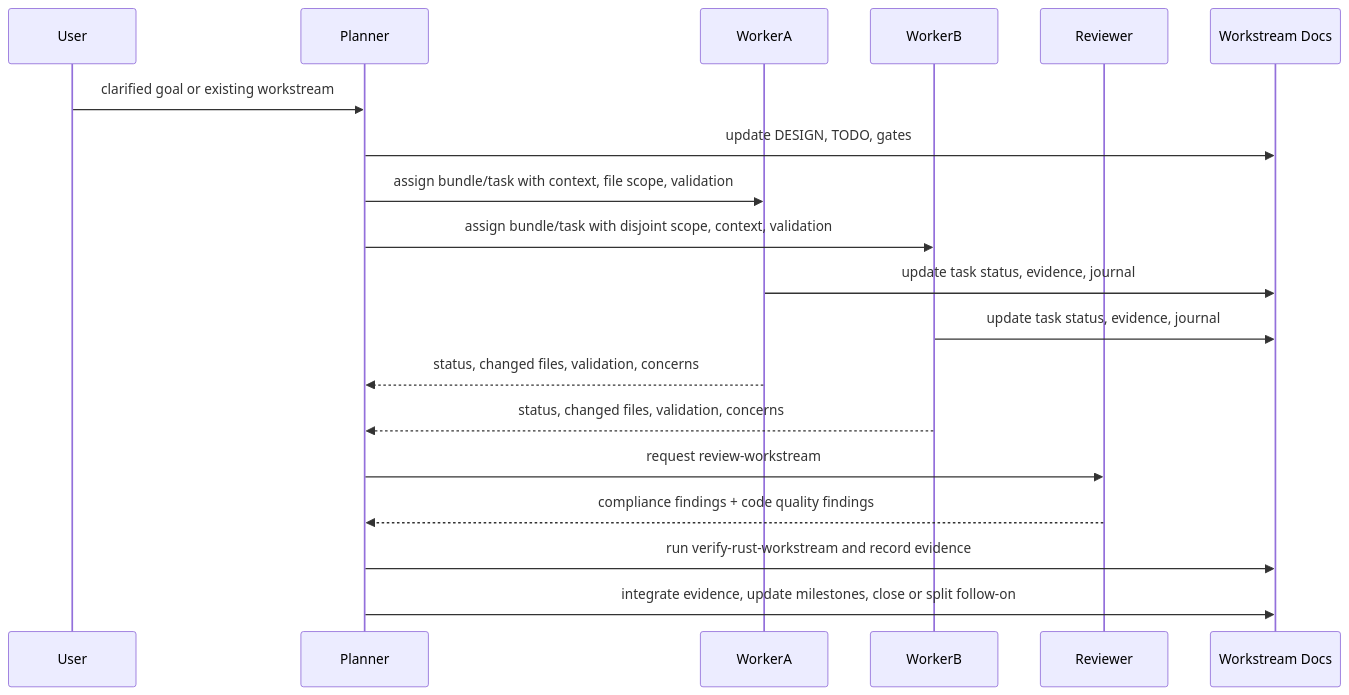
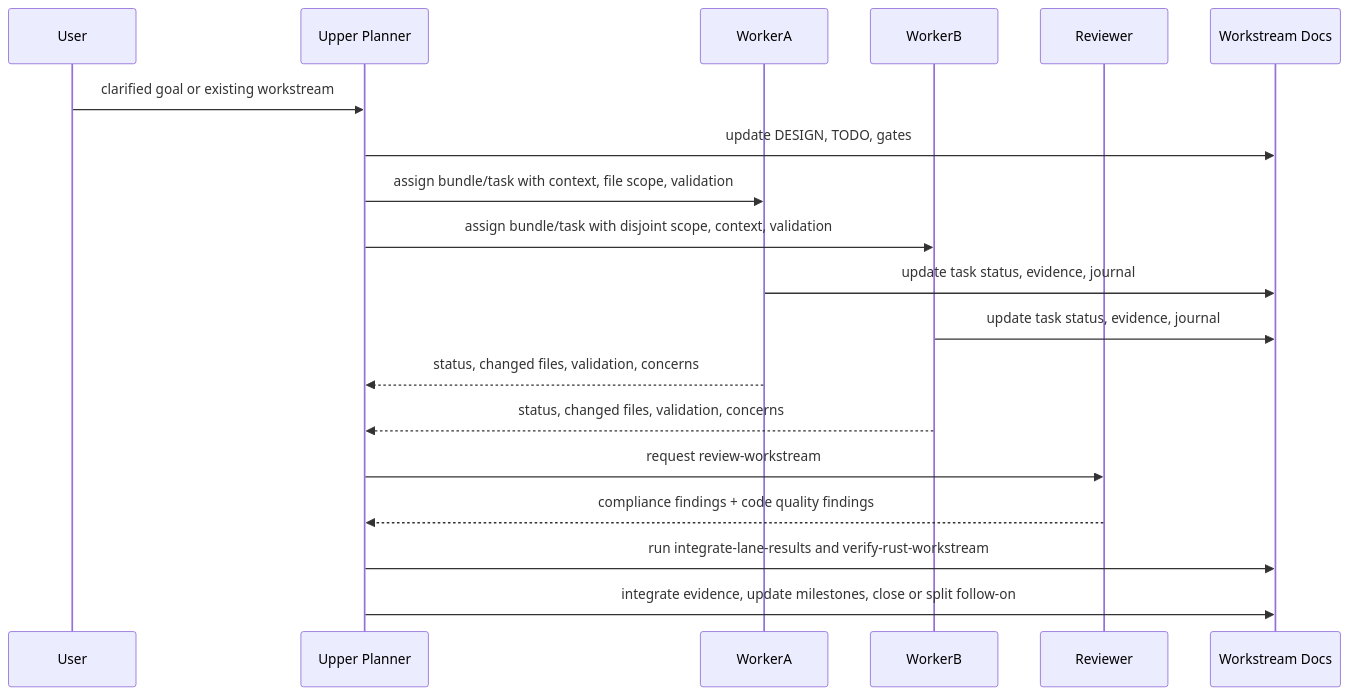
One commit to Latias94/dev-skills changed the third of 3 diagrams in docs/workflow.md. Above: the diagram before and after it, drawn with Mermaid. The commit also changed other lines of this file and 53 other files, not shown here.

````diff
--- a/docs/workflow.md
+++ b/docs/workflow.md
@@ -153,22 +154,22 @@
 ```mermaid
 sequenceDiagram
   participant User
-  participant Planner
+  participant Planner as Upper Planner
   participant WorkerA
   participant WorkerB
   participant Reviewer
   participant Docs as Workstream Docs
 
   User->>Planner: clarified goal or existing workstream
   Planner->>Docs: update DESIGN, TODO, gates
   Planner->>WorkerA: assign bundle/task with context, file scope, validation
   Planner->>WorkerB: assign bundle/task with disjoint scope, context, validation
   WorkerA->>Docs: update task status, evidence, journal
   WorkerB->>Docs: update task status, evidence, journal
   WorkerA-->>Planner: status, changed files, validation, concerns
   WorkerB-->>Planner: status, changed files, validation, concerns
   Planner->>Reviewer: request review-workstream
   Reviewer-->>Planner: compliance findings + code quality findings
-  Planner->>Docs: run verify-rust-workstream and record evidence
+  Planner->>Docs: run integrate-lane-results and verify-rust-workstream
   Planner->>Docs: integrate evidence, update milestones, close or split follow-on
 ```
````
